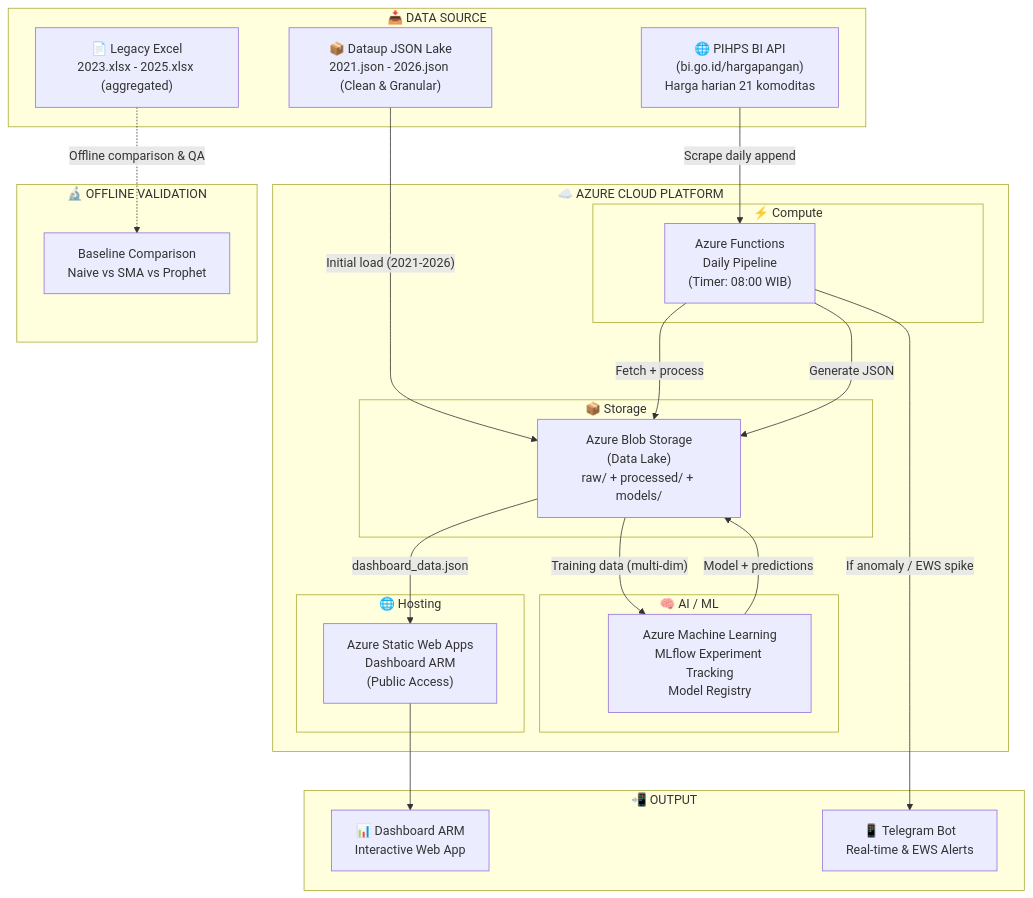
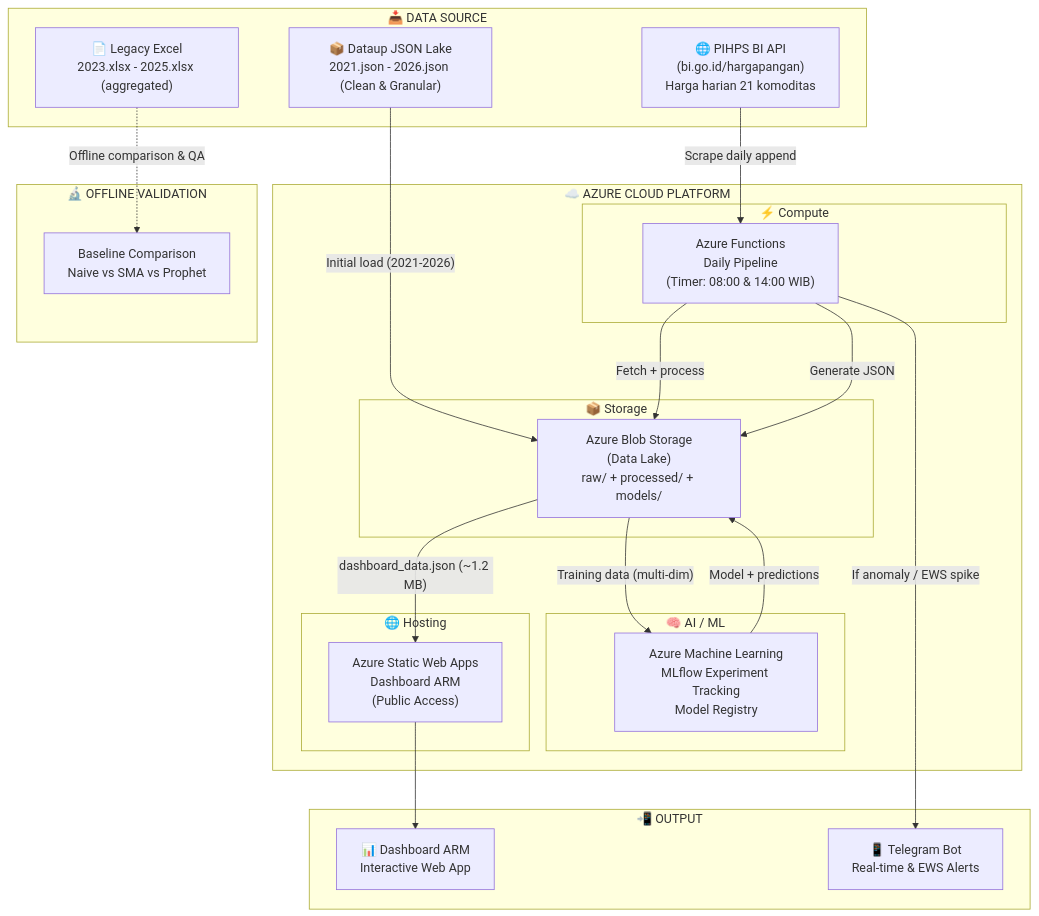
One commit to aceh-resilience-monitor/Aceh-Resilience-Monitor changed the first of 8 diagrams in docs/strategy/05_arm_workflow_dataflow.md. Above: the diagram before and after it, drawn with Mermaid. The commit also changed other lines of this file and 52 other files, not shown here.

````diff
--- a/docs/strategy/05_arm_workflow_dataflow.md
+++ b/docs/strategy/05_arm_workflow_dataflow.md
@@ -13,43 +13,43 @@
 ```mermaid
 graph TB
     subgraph "📥 DATA SOURCE"
         A["🌐 PIHPS BI API\n(bi.go.id/hargapangan)\nHarga harian 21 komoditas"]
         B["📦 Dataup JSON Lake\n2021.json - 2026.json (Clean & Granular)"]
         B_Legacy["📄 Legacy Excel\n2023.xlsx - 2025.xlsx (aggregated)"]
     end
 
     subgraph "☁️ AZURE CLOUD PLATFORM"
         subgraph "⚡ Compute"
-            C["Azure Functions\nDaily Pipeline\n(Timer: 08:00 WIB)"]
+            C["Azure Functions\nDaily Pipeline\n(Timer: 08:00 & 14:00 WIB)"]
         end
         subgraph "🧠 AI / ML"
             D["Azure Machine Learning\nMLflow Experiment Tracking\nModel Registry"]
         end
         subgraph "📦 Storage"
             E["Azure Blob Storage\n(Data Lake)\nraw/ + processed/ + models/"]
         end
         subgraph "🌐 Hosting"
             F["Azure Static Web Apps\nDashboard ARM\n(Public Access)"]
         end
     end
 
     subgraph "📲 OUTPUT"
         G["📊 Dashboard ARM\nInteractive Web App"]
         H["📱 Telegram Bot\nReal-time & EWS Alerts"]
     end
 
     subgraph "🔬 OFFLINE VALIDATION"
         Val["Baseline Comparison\nNaive vs SMA vs Prophet"]
     end
 
     A -->|"Scrape daily append"| C
     B -->|"Initial load (2021-2026)"| E
     B_Legacy -.->|"Offline comparison & QA"| Val
     C -->|"Fetch + process"| E
     E -->|"Training data (multi-dim)"| D
     D -->|"Model + predictions"| E
     C -->|"Generate JSON"| E
-    E -->|"dashboard_data.json"| F
+    E -->|"dashboard_data.json (~1.2 MB)"| F
     F --> G
     C -->|"If anomaly / EWS spike"| H
 ```
````
